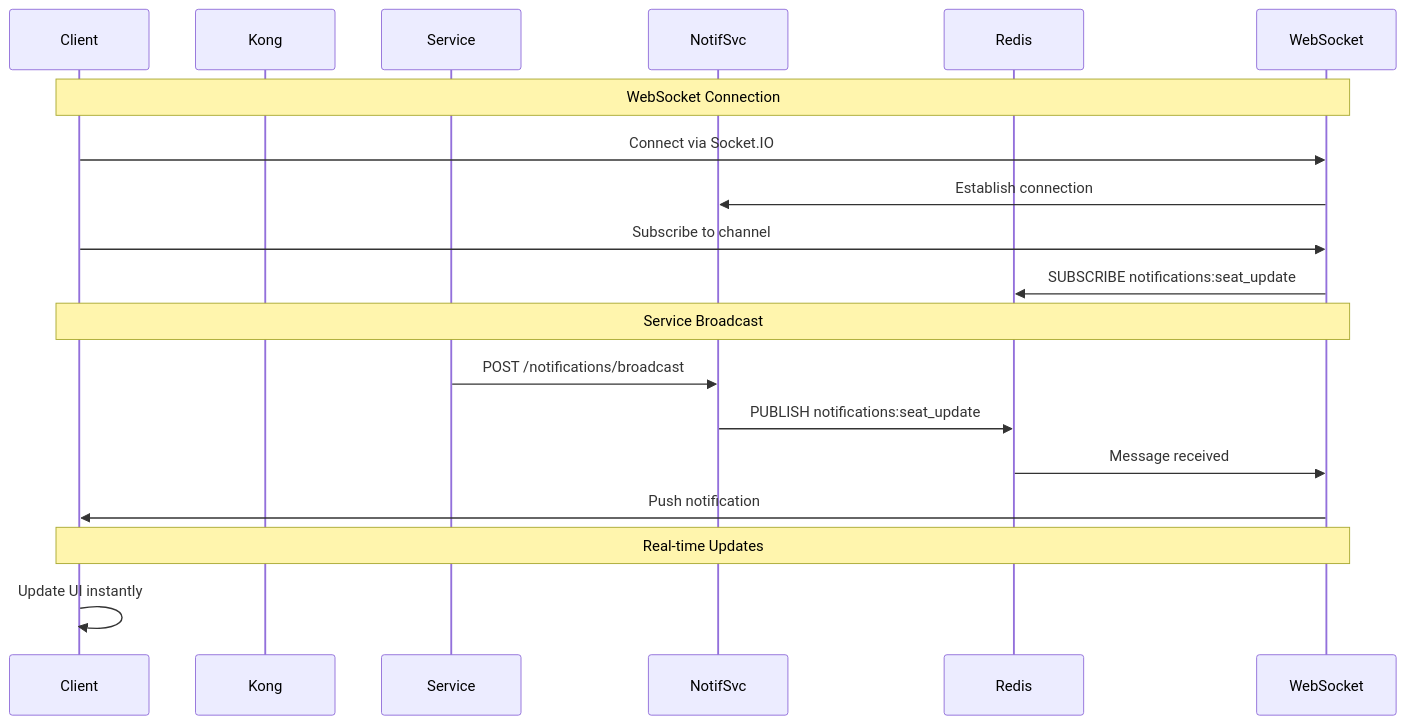
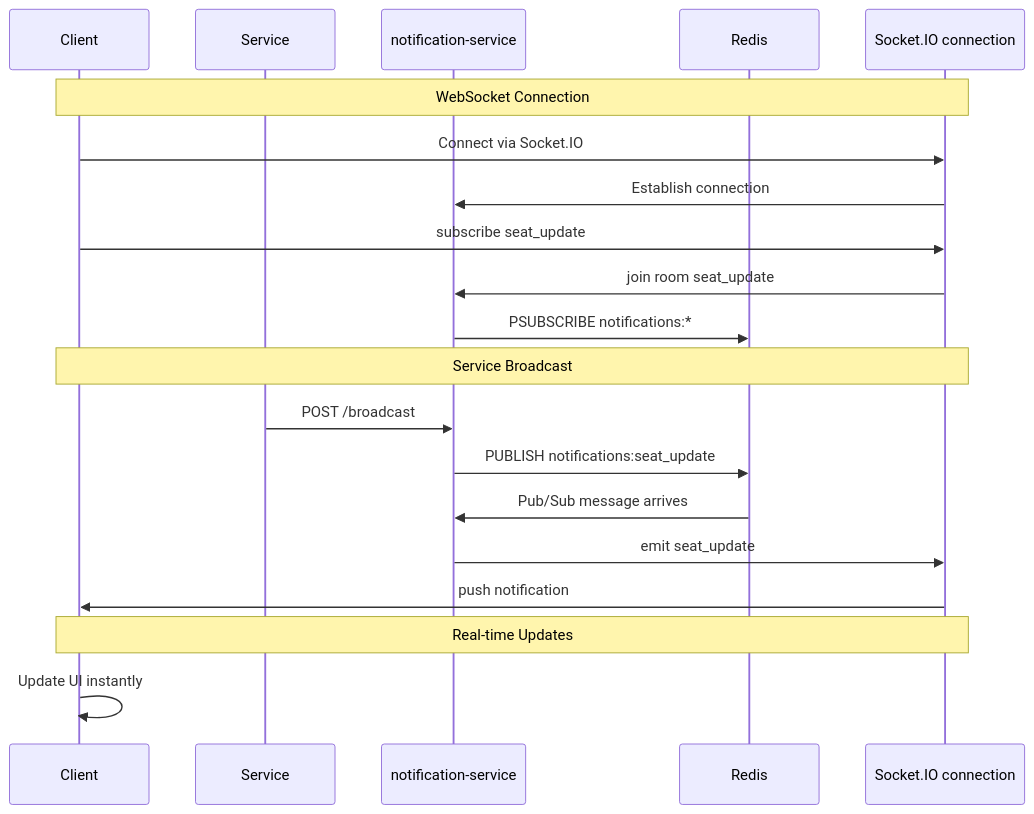
The first of 2 diagrams in diagrams/README (2).md (bryanseah234/ticketremaster-b), drawn with Mermaid before and after one commit. The commit also changed other lines of this file and 50 other files, not shown here.

````diff
--- a/diagrams/README (2).md
+++ b/diagrams/README (2).md
@@ -37,24 +35,25 @@
 ```mermaid
 sequenceDiagram
     participant Client
-    participant Kong
     participant Service
-    participant NotifSvc
+    participant NotifSvc as notification-service
     participant Redis
-    participant WebSocket
+    participant Socket as Socket.IO connection
 
-    Note over Client,WebSocket: WebSocket Connection
-    Client->>WebSocket: Connect via Socket.IO
-    WebSocket->>NotifSvc: Establish connection
-    Client->>WebSocket: Subscribe to channel
-    WebSocket->>Redis: SUBSCRIBE notifications:seat_update
+    Note over Client,Socket: WebSocket Connection
+    Client->>Socket: Connect via Socket.IO
+    Socket->>NotifSvc: Establish connection
+    Client->>Socket: subscribe seat_update
+    Socket->>NotifSvc: join room seat_update
+    NotifSvc->>Redis: PSUBSCRIBE notifications:*
 
-    Note over Client,WebSocket: Service Broadcast
-    Service->>NotifSvc: POST /notifications/broadcast
+    Note over Client,Socket: Service Broadcast
+    Service->>NotifSvc: POST /broadcast
     NotifSvc->>Redis: PUBLISH notifications:seat_update
-    Redis->>WebSocket: Message received
-    WebSocket->>Client: Push notification
+    Redis->>NotifSvc: Pub/Sub message arrives
+    NotifSvc->>Socket: emit seat_update
+    Socket->>Client: push notification
 
-    Note over Client,WebSocket: Real-time Updates
+    Note over Client,Socket: Real-time Updates
     Client->>Client: Update UI instantly
 ```
````
